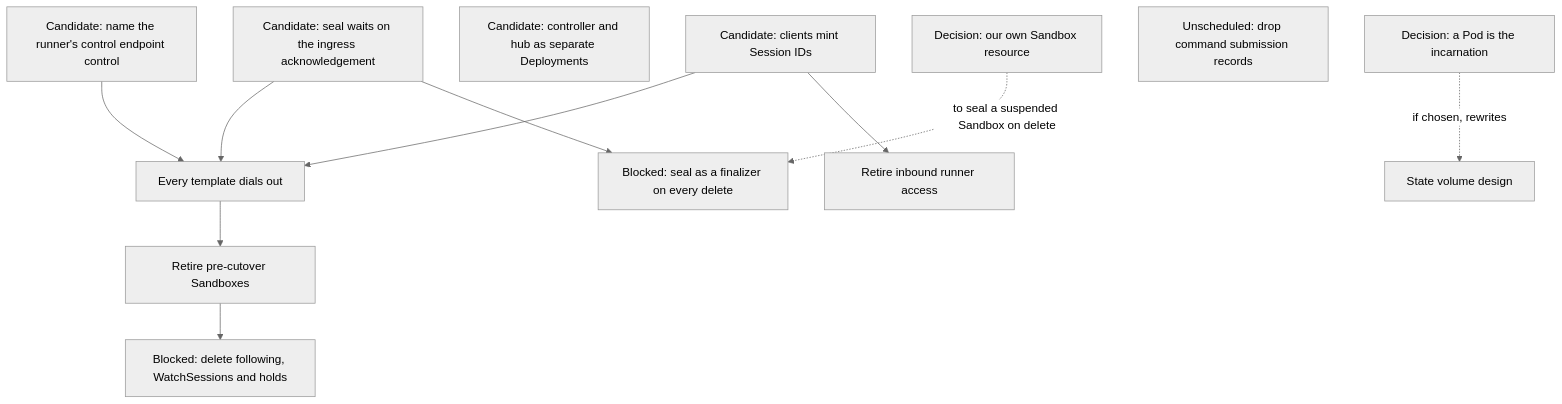
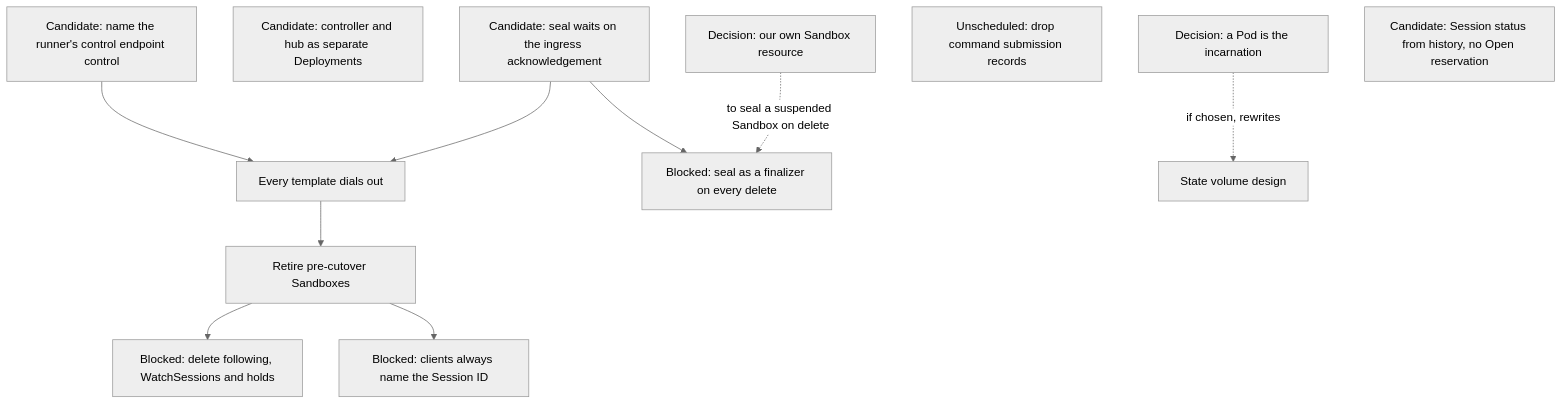
Before and after one commit to agentydragon-agent/ducktape: diagram 12 of 12 in agentplane/plans/task_dag.md, drawn with Mermaid (neutral theme). The commit also changed other lines of this file and 26 other files, not shown here.

First line of the commit message:
agentplane: clients mint Session IDs (CLIENT_SESSION_IDS) (#9871)

````diff
--- a/agentplane/plans/task_dag.md
+++ b/agentplane/plans/task_dag.md
@@ -912,23 +913,23 @@
 ```mermaid
 flowchart TD
-    CLIENT_SESSION_IDS[Candidate: clients mint Session IDs]
     SEAL_ON_INGRESS_ACK[Candidate: seal waits on the ingress acknowledgement]
     RUNNER_OUTBOUND_ROLLOUT[Every template dials out]
     LEGACY_SANDBOX_RETIRE[Retire pre-cutover Sandboxes]
     FOLLOW_PATH_RETIRE[Blocked: delete following, WatchSessions and holds]
     SANDBOX_SERVICE_DEPLOYMENT_SPLIT[Candidate: controller and hub as separate Deployments]
     AGENTPLANE_SANDBOX_RESOURCE[Decision: our own Sandbox resource]
     POD_INCARNATION[Decision: a Pod is the incarnation]
     SEAL_FINALIZER[Blocked: seal as a finalizer on every delete]
     COMMAND_RECORDS_RETIRE[Unscheduled: drop command submission records]
     RUNNER_CONTROL_RENAME[Candidate: name the runner's control endpoint control]
     RUNNER_CONTROL_RENAME --> RUNNER_OUTBOUND_ROLLOUT
-    CLIENT_SESSION_IDS --> RUNNER_OUTBOUND_ROLLOUT
-    CLIENT_SESSION_IDS --> RUNNER_INBOUND_RETIRE[Retire inbound runner access]
+    SESSION_ID_MINT_RETIRE[Blocked: clients always name the Session ID]
+    LOOKUP_SESSION_RETIRE[Candidate: Session status from history, no Open reservation]
     SEAL_ON_INGRESS_ACK --> RUNNER_OUTBOUND_ROLLOUT
     RUNNER_OUTBOUND_ROLLOUT --> LEGACY_SANDBOX_RETIRE
     LEGACY_SANDBOX_RETIRE --> FOLLOW_PATH_RETIRE
     SEAL_ON_INGRESS_ACK --> SEAL_FINALIZER
     AGENTPLANE_SANDBOX_RESOURCE -. to seal a suspended Sandbox on delete .-> SEAL_FINALIZER
     POD_INCARNATION -. if chosen, rewrites .-> SESSION_STATE_VOLUME_DESIGN[State volume design]
+    LEGACY_SANDBOX_RETIRE --> SESSION_ID_MINT_RETIRE
 ```
````
